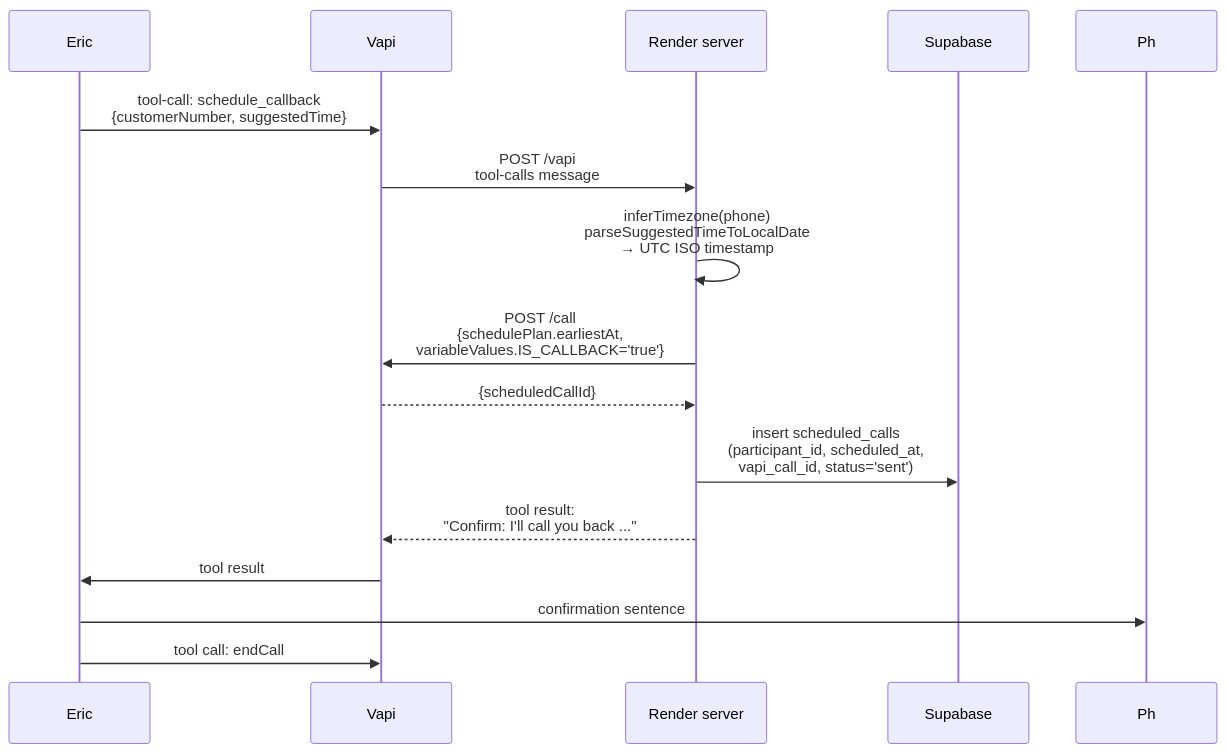
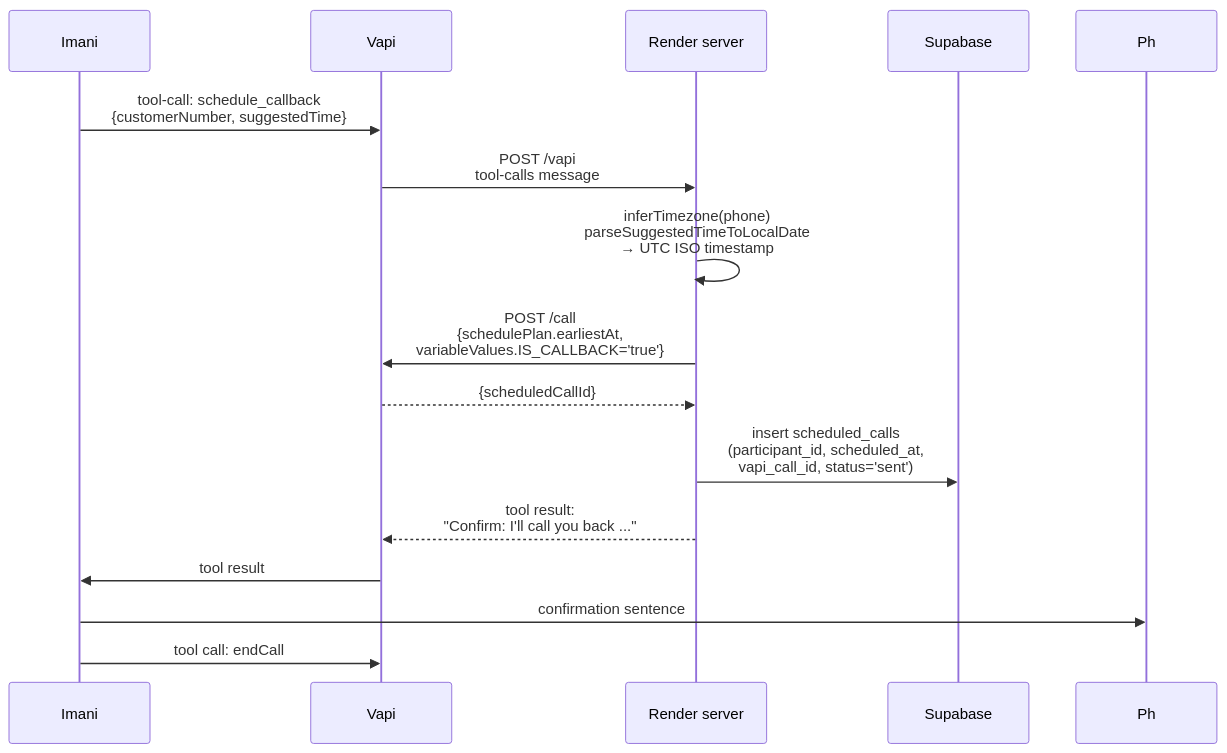
Before and after one commit to CCA-UIL/vapi-interview-webhook: the fourth of 5 diagrams in ARCHITECTURE.md, drawn with Mermaid. The commit also changed other lines of this file and 10 other files, not shown here.

````diff
--- a/ARCHITECTURE.md
+++ b/ARCHITECTURE.md
@@ -100,18 +100,18 @@
 ```mermaid
 sequenceDiagram
-    participant A as Eric
+    participant A as Imani
     participant V as Vapi
     participant SVR as Render server
     participant SB as Supabase
 
     A->>V: tool-call: schedule_callback<br/>{customerNumber, suggestedTime}
     V->>SVR: POST /vapi<br/>tool-calls message
     SVR->>SVR: inferTimezone(phone)<br/>parseSuggestedTimeToLocalDate<br/>→ UTC ISO timestamp
     SVR->>V: POST /call<br/>{schedulePlan.earliestAt,<br/>variableValues.IS_CALLBACK='true'}
     V-->>SVR: {scheduledCallId}
     SVR->>SB: insert scheduled_calls<br/>(participant_id, scheduled_at,<br/>vapi_call_id, status='sent')
     SVR-->>V: tool result:<br/>"Confirm: I'll call you back ..."
     V->>A: tool result
     A->>Ph: confirmation sentence
     A->>V: tool call: endCall
 ```
````
